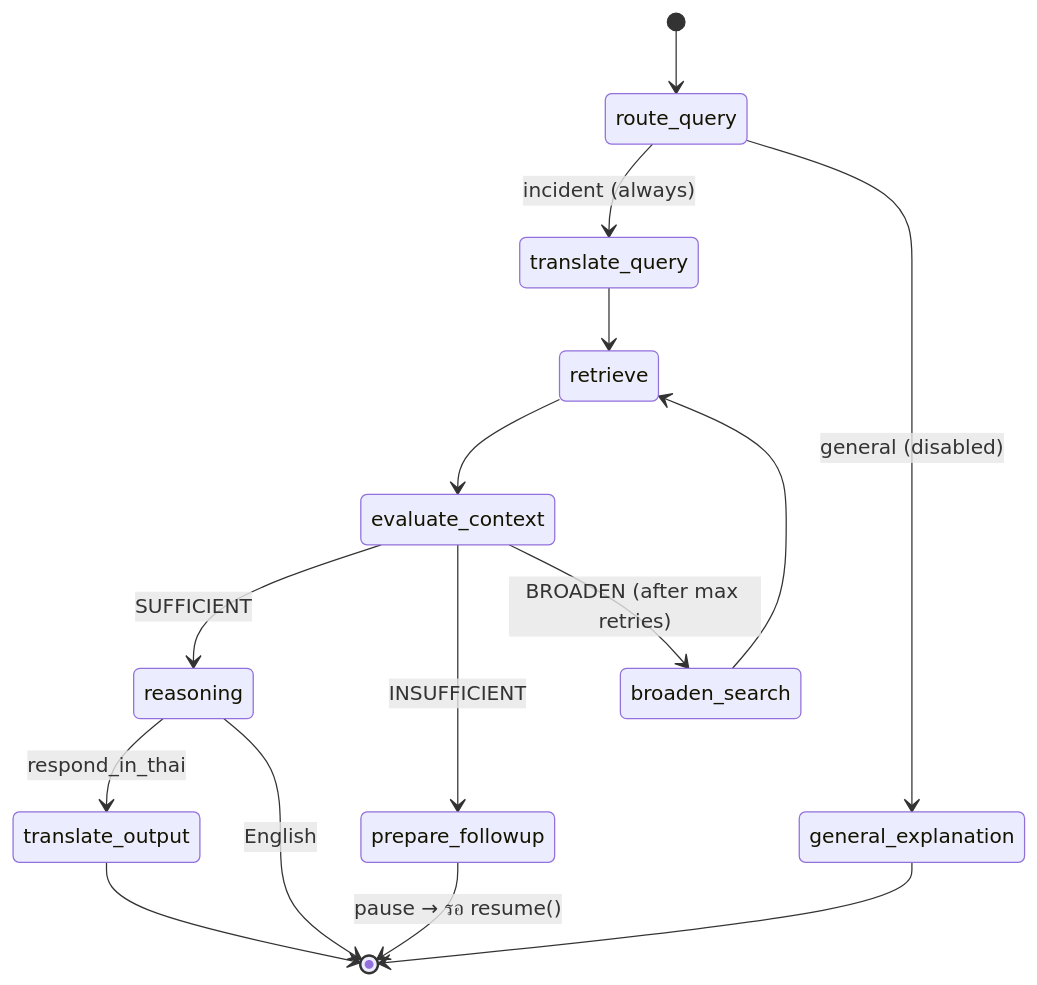
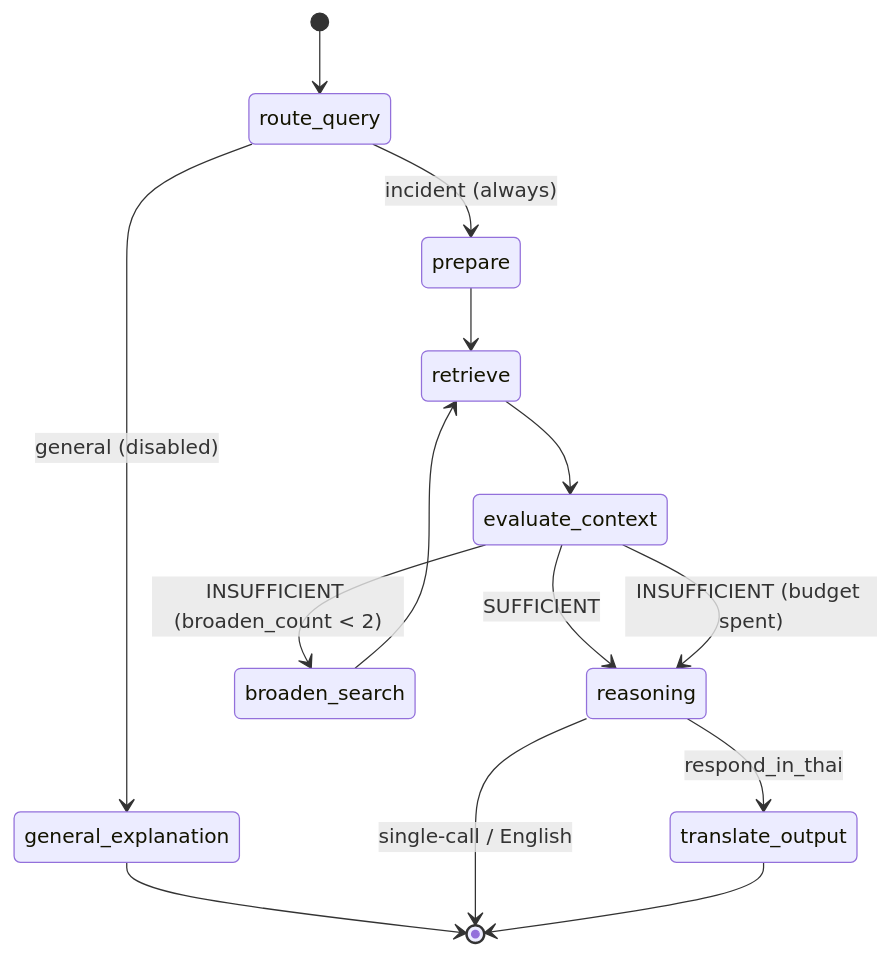
Before and after one commit to KKhamwiset/Cybercase-Intelligence-Framework: the fourth of 5 diagrams in rag_service/docs/RAG_Module.md, drawn with Mermaid. The commit also changed other lines of this file and 24 other files, not shown here.

````diff
--- a/rag_service/docs/RAG_Module.md
+++ b/rag_service/docs/RAG_Module.md
@@ -602,17 +596,16 @@
 ```mermaid
 stateDiagram-v2
     [*] --> route_query
-    route_query --> translate_query: incident (always)
+    route_query --> prepare: incident (always)
     route_query --> general_explanation: general (disabled)
     general_explanation --> [*]
-    translate_query --> retrieve
+    prepare --> retrieve
     retrieve --> evaluate_context
     evaluate_context --> reasoning: SUFFICIENT
-    evaluate_context --> prepare_followup: INSUFFICIENT
-    evaluate_context --> broaden_search: BROADEN (after max retries)
+    evaluate_context --> broaden_search: INSUFFICIENT (broaden_count < 2)
+    evaluate_context --> reasoning: INSUFFICIENT (budget spent)
     broaden_search --> retrieve
-    prepare_followup --> [*]: pause → รอ resume()
     reasoning --> translate_output: respond_in_thai
-    reasoning --> [*]: English
+    reasoning --> [*]: single-call / English
     translate_output --> [*]
 ```
````
